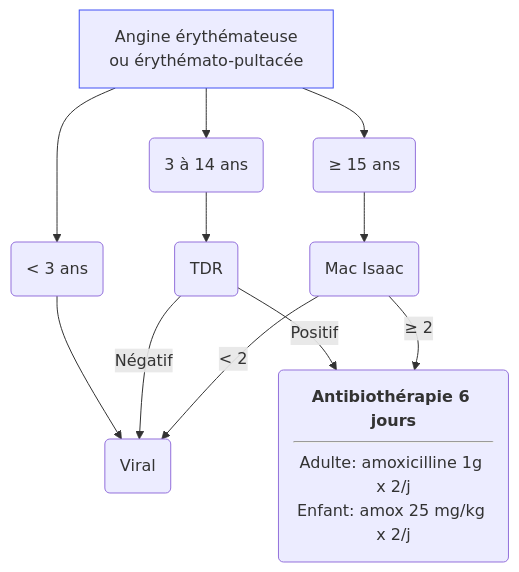
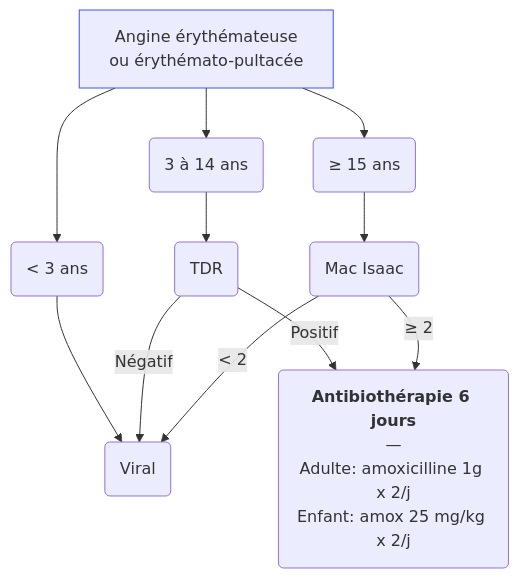
The diagram in content/recommandations/angine.md (djibe/recommandations-medicales), drawn with Mermaid before and after one commit. The commit also changed 51 other files, not shown here.

```diff
--- a/content/recommandations/angine.md
+++ b/content/recommandations/angine.md
@@ -232,10 +232,10 @@
 {{< mermaid title="Prise en charge de l'angine selon le tableau clinique. Dr JB Fron d'après SPILF/HAS 2016 et HAS 2021" >}}
 graph TB
 accTitle: Prise en charge de l'angine selon le tableau clinique d'après SPILF/HAS 2016 et HAS 2021
   angine[Angine érythémateuse<br>ou érythémato-pultacée] --> moins3("&lt; 3 ans") --> viral(Viral)
   style angine stroke:#4150f5, stroke-width:1px
-    angine --> 314ans(3 à 14 ans) --> TDR(TDR) -- "Positif" --> ATB("<b>Antibiothérapie 6 jours</b><hr>Adulte: amoxicilline 1g x 2/j<br>Enfant: amox 25 mg/kg x 2/j")
+    angine --> 314ans(3 à 14 ans) --> TDR(TDR) -- "Positif" --> ATB("<b>Antibiothérapie 6 jours</b><br>—<br>Adulte: amoxicilline 1g x 2/j<br>Enfant: amox 25 mg/kg x 2/j")
       TDR -- Négatif --> viral
     angine --> 15plus("≥ 15 ans") --> score(Mac Isaac) -- "≥ 2" --> ATB
       score -- "&lt; 2" --> viral
 {{< /mermaid >}}
```
